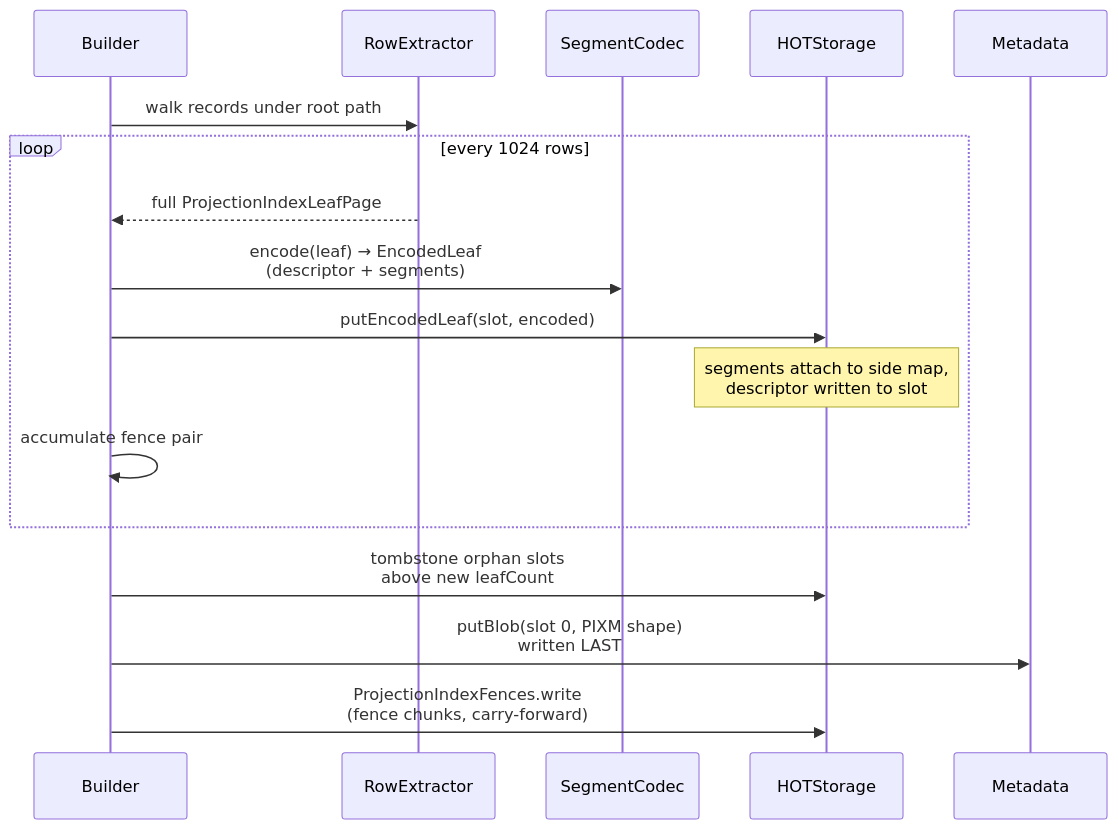
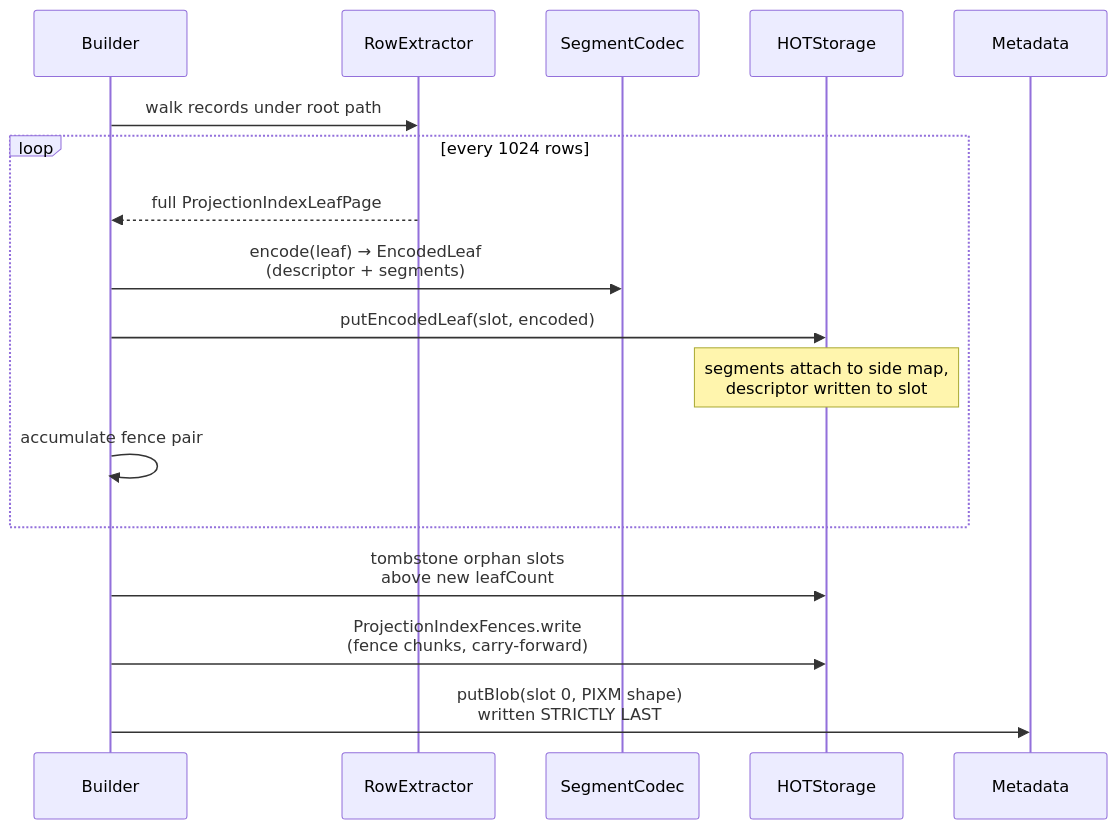
The fifth of 15 diagrams in docs/PROJECTION_INDEX_DEEP_DIVE.md (sirixdb/sirix), drawn with Mermaid before and after one commit. The commit also changed other lines of this file and 141 other files, not shown here.

````diff
--- a/docs/PROJECTION_INDEX_DEEP_DIVE.md
+++ b/docs/PROJECTION_INDEX_DEEP_DIVE.md
@@ -603,20 +600,20 @@
 ```mermaid
 sequenceDiagram
     participant B as Builder
     participant X as RowExtractor
     participant C as SegmentCodec
     participant S as HOTStorage
     participant M as Metadata
 
     B->>X: walk records under root path
     loop every 1024 rows
         X-->>B: full ProjectionIndexLeafPage
         B->>C: encode(leaf) → EncodedLeaf<br/>(descriptor + segments)
         B->>S: putEncodedLeaf(slot, encoded)
         Note over S: segments attach to side map,<br/>descriptor written to slot
         B->>B: accumulate fence pair
     end
     B->>S: tombstone orphan slots<br/>above new leafCount
-    B->>M: putBlob(slot 0, PIXM shape)<br/>written LAST
     B->>S: ProjectionIndexFences.write<br/>(fence chunks, carry-forward)
+    B->>M: putBlob(slot 0, PIXM shape)<br/>written STRICTLY LAST
 ```
````
